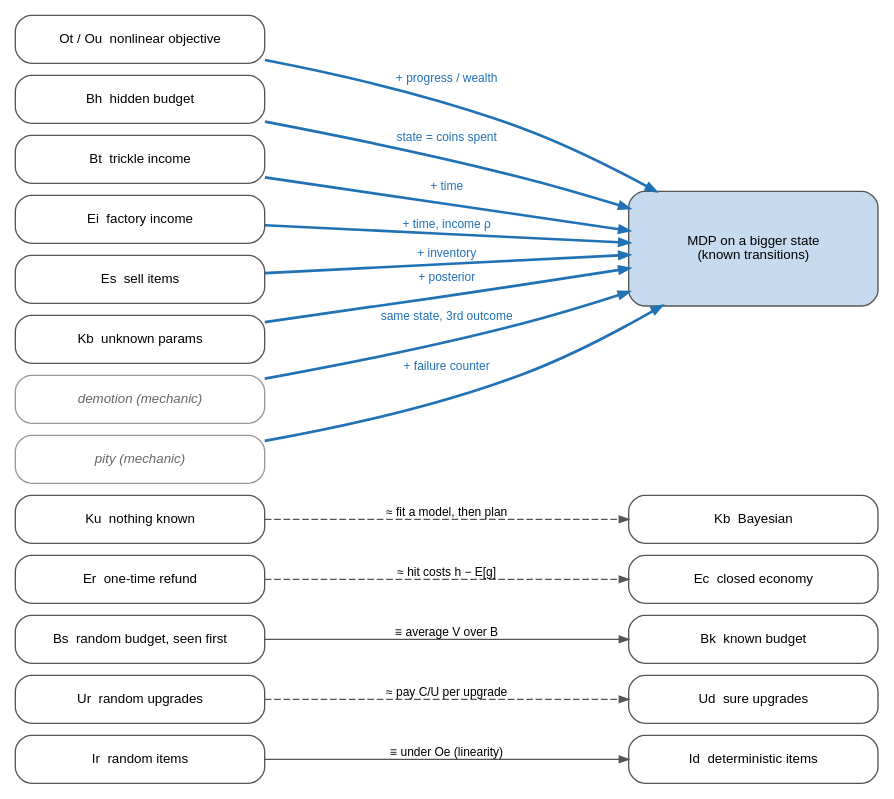
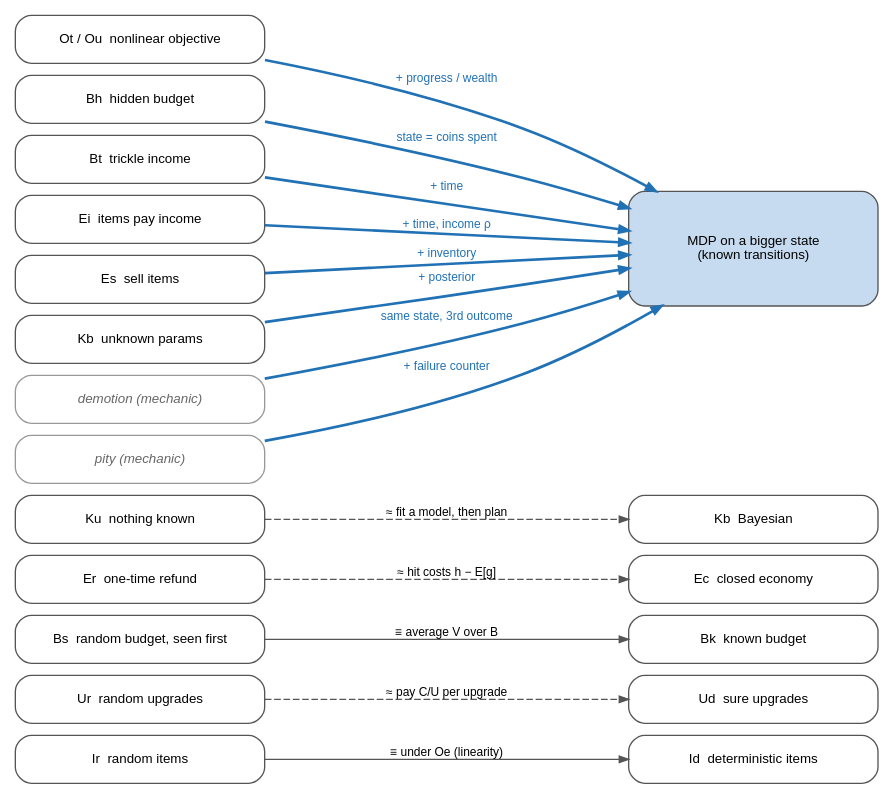
One commit to ssarkar2/notes changed the diagram in probability/sequential_decision_making_under_uncertainty/figures/reduction_map.dot. Above: the diagram before and after it, drawn with Graphviz. The commit also changed 4 other files, not shown here.

First line of the commit message:
Relabel Ei as 'items pay income'; leftover coins count for nothing

```diff
--- a/probability/sequential_decision_making_under_uncertainty/figures/reduction_map.dot
+++ b/probability/sequential_decision_making_under_uncertainty/figures/reduction_map.dot
@@ -1,52 +1,52 @@
 // Reductions: harder variant (left) -> something already solved (right).
 // solid = exact, dashed = approximation, bold blue = exact after enlarging the state.
 // Grey italics = mechanics (rule tweaks), not axis values.
 // Build: ./build.sh
 digraph reductions {
   rankdir=LR;
   graph [fontname="Helvetica", fontsize=11, nodesep=0.12, ranksep=2.2, bgcolor="white"];
   node  [shape=box, style="rounded", fontname="Helvetica", fontsize=10, color="#555555", width=2.6];
   edge  [fontname="Helvetica", fontsize=9, color="#555555", arrowsize=0.7];
 
   // left: harder variants
   { rank=same;
     Ir [label="Ir  random items"];
     Ur [label="Ur  random upgrades"];
     Bs [label="Bs  random budget, seen first"];
     Er [label="Er  one-time refund"];
     Ku [label="Ku  nothing known"];
     Ot [label="Ot / Ou  nonlinear objective"];
     Bh [label="Bh  hidden budget"];
     Bt [label="Bt  trickle income"];
-    Ei [label="Ei  factory income"];
+    Ei [label="Ei  items pay income"];
     Es [label="Es  sell items"];
     Kb [label="Kb  unknown params"];
     dem  [label="demotion (mechanic)", fontname="Helvetica-Oblique", color="#999999", fontcolor="#666666"];
     pity [label="pity (mechanic)", fontname="Helvetica-Oblique", color="#999999", fontcolor="#666666"];
   }
   // right: targets
   { rank=same;
     Id [label="Id  deterministic items"];
     Ud [label="Ud  sure upgrades"];
     Bk [label="Bk  known budget"];
     Ec [label="Ec  closed economy"];
     Kb2 [label="Kb  Bayesian"];
     MDP [label="MDP on a bigger state\n(known transitions)", style="rounded,filled", fillcolor="#c6dbef", height=1.2];
   }
 
   Ir -> Id [label="≡ under Oe (linearity)"];
   Ur -> Ud [label="≈ pay C/U per upgrade", style=dashed];
   Bs -> Bk [label="≡ average V over B"];
   Er -> Ec [label="≈ hit costs h − E[g]", style=dashed];
   Ku -> Kb2 [label="≈ fit a model, then plan", style=dashed];
 
   edge [style=bold, color="#2171b5", fontcolor="#2171b5"];
   Ot -> MDP [label="+ progress / wealth"];
   Bh -> MDP [label="state = coins spent"];
   Bt -> MDP [label="+ time"];
   Ei -> MDP [label="+ time, income ρ"];
   Es -> MDP [label="+ inventory"];
   Kb -> MDP [label="+ posterior"];
   dem -> MDP [label="same state, 3rd outcome"];
   pity -> MDP [label="+ failure counter"];
 }
```
